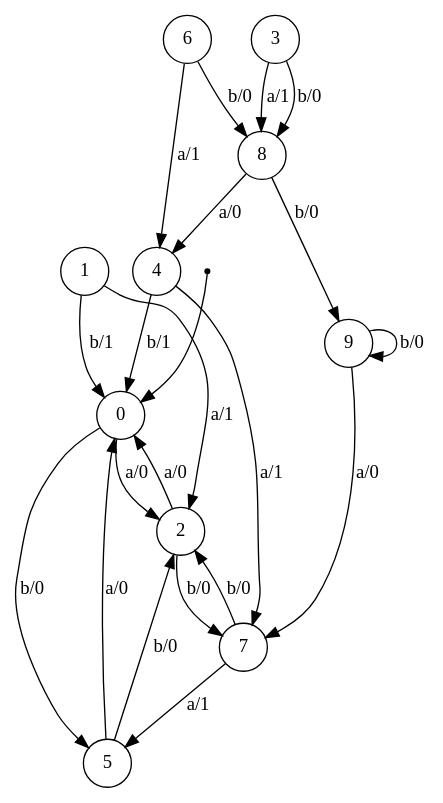
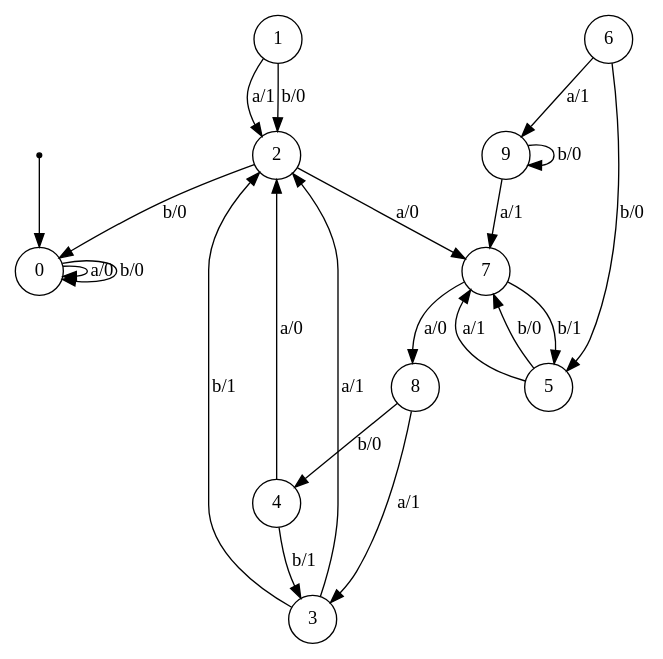
Before and after one commit to gaellinkeu/RNN-for-Mealy-Machines: the diagram in FSMs_visuals/fsm8.dot, drawn with Graphviz. The commit also changed 369 other files, not shown here.

```diff
--- a/FSMs_visuals/fsm8.dot
+++ b/FSMs_visuals/fsm8.dot
@@ -1,54 +1,54 @@
 digraph fsm{
 	s_0 [label="0" shape="circle"]
 	s_1 [label="1" shape="circle"]
 	s_2 [label="2" shape="circle"]
 	s_3 [label="3" shape="circle"]
 	s_4 [label="4" shape="circle"]
 	s_5 [label="5" shape="circle"]
 	s_6 [label="6" shape="circle"]
 	s_7 [label="7" shape="circle"]
 	s_8 [label="8" shape="circle"]
 	s_9 [label="9" shape="circle"]
 	qi [shape = point]
 	qi -> s_0
 	
-	s_0 -> s_2 [label="a/0"]
+	s_6 -> s_9 [label="a/1"]
 	
-	s_0 -> s_5 [label="b/0"]
+	s_5 -> s_7 [label="a/1"]
+	
+	s_8 -> s_4 [label="b/0"]
 	
 	s_1 -> s_2 [label="a/1"]
 	
-	s_1 -> s_0 [label="b/1"]
+	s_4 -> s_2 [label="a/0"]
 	
-	s_2 -> s_0 [label="a/0"]
+	s_8 -> s_3 [label="a/1"]
 	
-	s_2 -> s_7 [label="b/0"]
+	s_6 -> s_5 [label="b/0"]
 	
-	s_3 -> s_8 [label="a/1"]
+	s_3 -> s_2 [label="b/1"]
 	
-	s_3 -> s_8 [label="b/0"]
+	s_1 -> s_2 [label="b/0"]
 	
-	s_4 -> s_7 [label="a/1"]
+	s_2 -> s_7 [label="a/0"]
 	
-	s_4 -> s_0 [label="b/1"]
-	
-	s_5 -> s_0 [label="a/0"]
-	
-	s_5 -> s_2 [label="b/0"]
-	
-	s_6 -> s_4 [label="a/1"]
-	
-	s_6 -> s_8 [label="b/0"]
-	
-	s_7 -> s_5 [label="a/1"]
-	
-	s_7 -> s_2 [label="b/0"]
-	
-	s_8 -> s_4 [label="a/0"]
-	
-	s_8 -> s_9 [label="b/0"]
-	
-	s_9 -> s_7 [label="a/0"]
+	s_7 -> s_8 [label="a/0"]
 	
 	s_9 -> s_9 [label="b/0"]
+	
+	s_0 -> s_0 [label="a/0"]
+	
+	s_3 -> s_2 [label="a/1"]
+	
+	s_4 -> s_3 [label="b/1"]
+	
+	s_9 -> s_7 [label="a/1"]
+	
+	s_7 -> s_5 [label="b/1"]
+	
+	s_5 -> s_7 [label="b/0"]
+	
+	s_0 -> s_0 [label="b/0"]
+	
+	s_2 -> s_0 [label="b/0"]
 }
```
